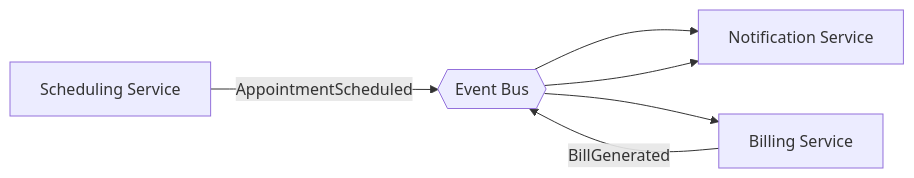
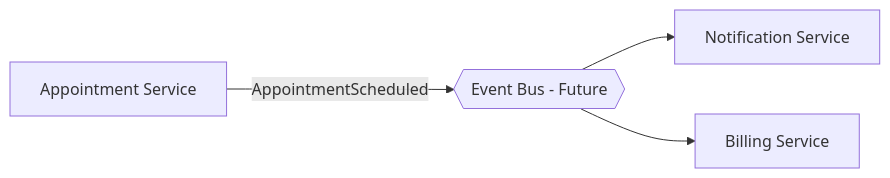
One commit to Sreevarsh-Mahesh/Hospital-Management-System-SEPM changed the first of 2 diagrams in ARCHITECTURE.md. Above: the diagram before and after it, drawn with Mermaid. The commit also changed other lines of this file, not shown here.

Commit message:
doc: trim architecture doc to concise 2-page format

````diff
--- a/ARCHITECTURE.md
+++ b/ARCHITECTURE.md
@@ -58,8 +26,6 @@
 ```mermaid
 graph LR
-    A[Scheduling Service] -->|AppointmentScheduled| EB{{Event Bus}}
+    A[Appointment Service] -->|AppointmentScheduled| EB{{Event Bus - Future}}
     EB --> NS[Notification Service]
     EB --> BS[Billing Service]
-    BS -->|BillGenerated| EB
-    EB --> NS
 ```
````
